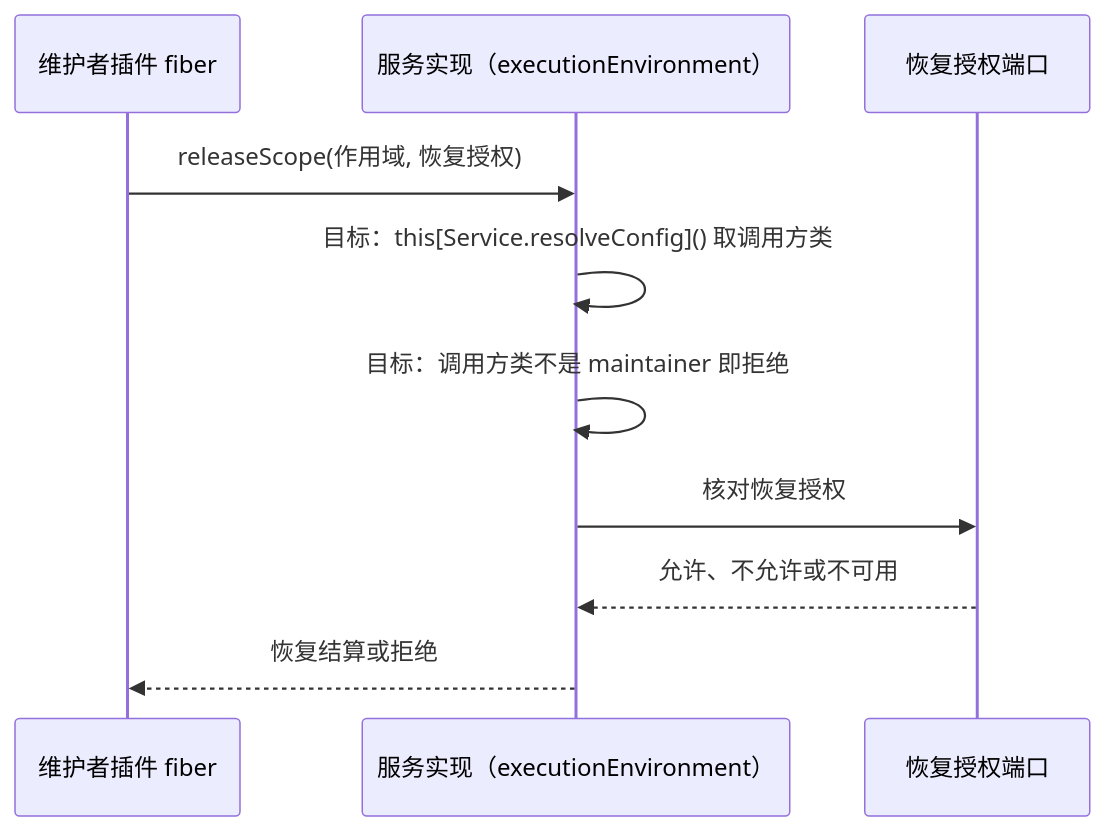
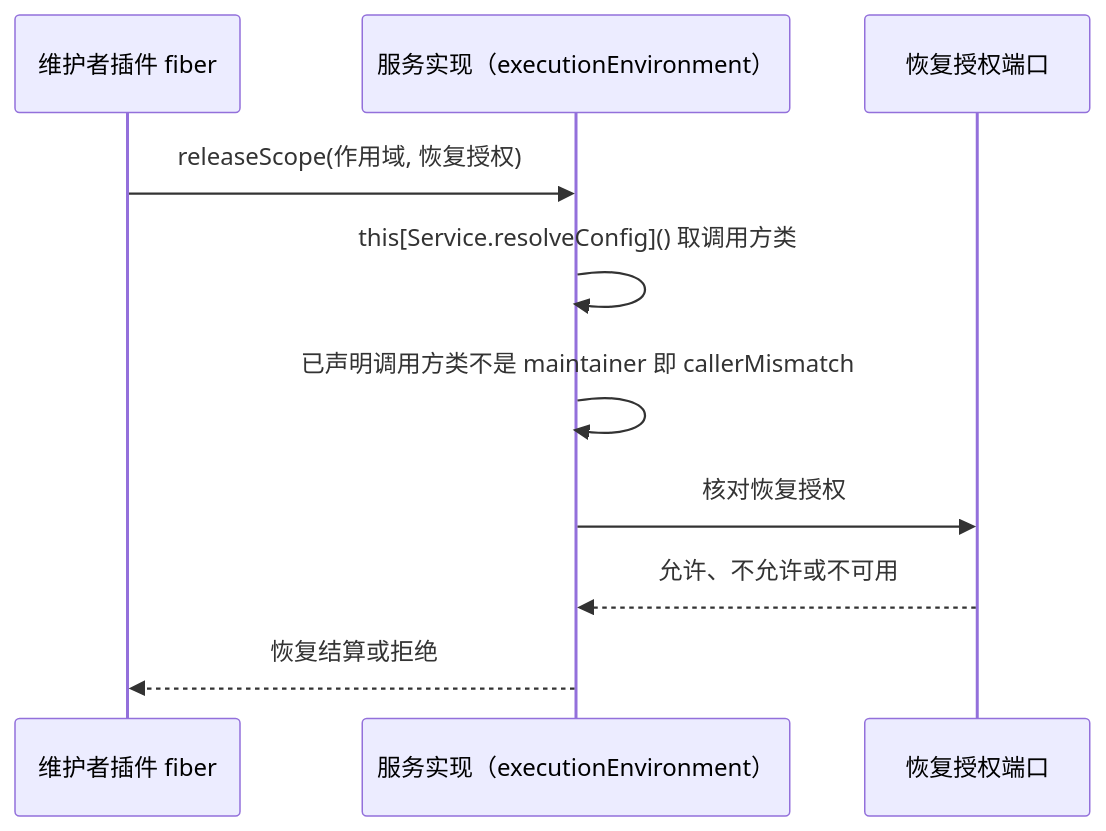
Before and after one commit to nemori-ai/omne-harness-lite: the second of 2 diagrams in packages/execution/execution-environment-cordis-contract/docs/flows.md, drawn with Mermaid. The commit also changed other lines of this file and 24 other files, not shown here.

````diff
--- a/packages/execution/execution-environment-cordis-contract/docs/flows.md
+++ b/packages/execution/execution-environment-cordis-contract/docs/flows.md
@@ -56,12 +56,12 @@
 ```mermaid
 sequenceDiagram
   participant MF as 维护者插件 fiber
   participant S as 服务实现（executionEnvironment）
   participant R as 恢复授权端口
   MF->>S: releaseScope(作用域, 恢复授权)
-  S->>S: 目标：this[Service.resolveConfig]() 取调用方类
-  S->>S: 目标：调用方类不是 maintainer 即拒绝
+  S->>S: this[Service.resolveConfig]() 取调用方类
+  S->>S: 已声明调用方类不是 maintainer 即 callerMismatch
   S->>R: 核对恢复授权
   R-->>S: 允许、不允许或不可用
   S-->>MF: 恢复结算或拒绝
 ```
````
